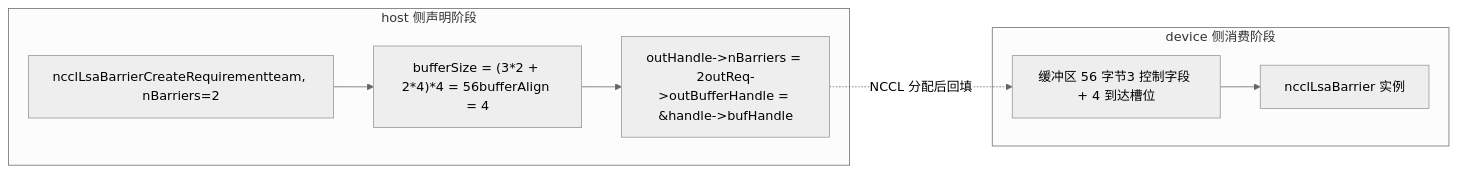
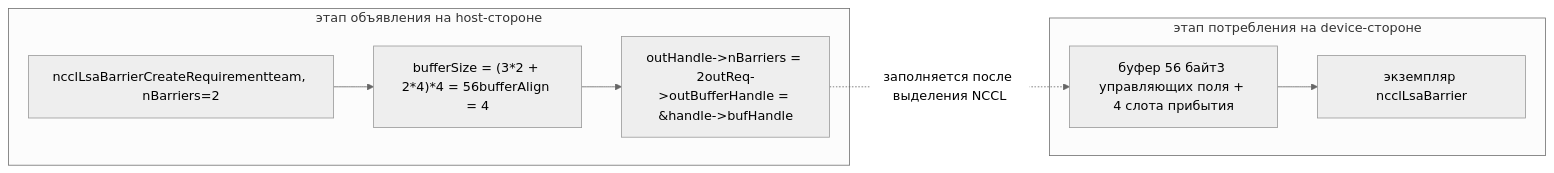
Before and after one commit to maleRjc/AiReadCodeBooks: the second of 5 diagrams in books/nccl/ru/20-device-api-and-kernel-fusion.md, drawn with Mermaid (neutral theme). The commit also changed other lines of this file and 74 other files, not shown here.

````diff
--- a/books/nccl/ru/20-device-api-and-kernel-fusion.md
+++ b/books/nccl/ru/20-device-api-and-kernel-fusion.md
@@ -106,15 +108,15 @@
 ```mermaid
 flowchart LR
-    subgraph host["host 侧声明阶段"]
+    subgraph host["этап объявления на host-стороне"]
         req["ncclLsaBarrierCreateRequirementteam, nBarriers=2"]
         calc["bufferSize = (3*2 + 2*4)*4 = 56bufferAlign = 4"]
         handle["outHandle->nBarriers = 2outReq->outBufferHandle = &handle->bufHandle"]
     end
-    subgraph dev["device 侧消费阶段"]
-        buf["缓冲区 56 字节3 控制字段 + 4 到达槽位"]
-        bar["ncclLsaBarrier 实例"]
+    subgraph dev["этап потребления на device-стороне"]
+        buf["буфер 56 байт3 управляющих поля + 4 слота прибытия"]
+        bar["экземпляр ncclLsaBarrier"]
     end
     req --> calc --> handle
-    handle -.->|"NCCL 分配后回填"| buf
+    handle -.->|"заполняется после выделения NCCL"| buf
     buf --> bar
 ```
````
